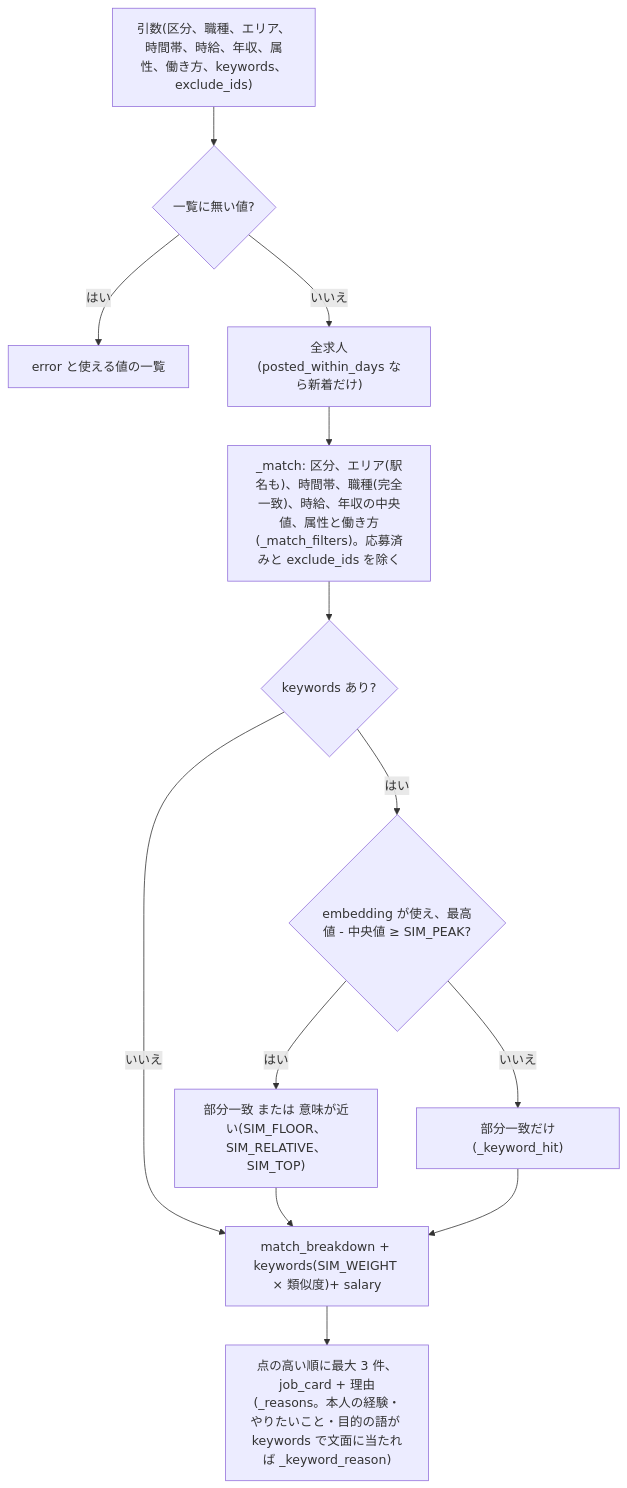
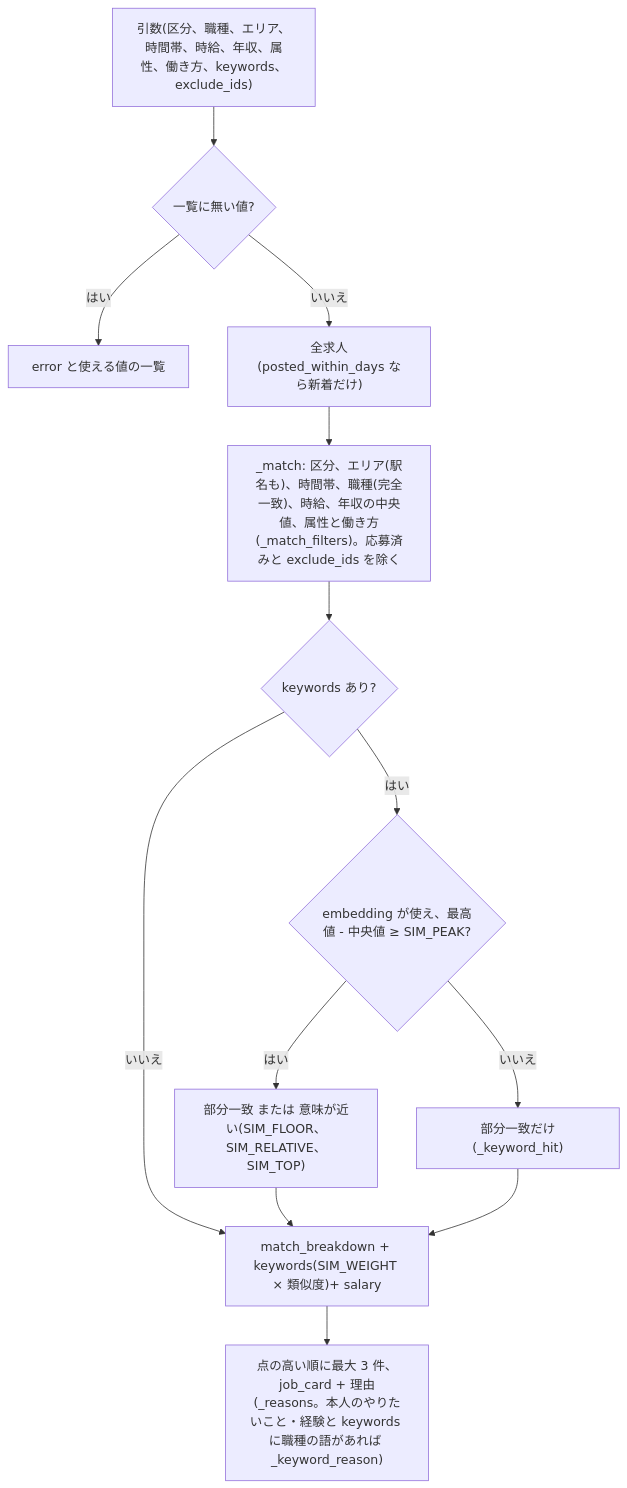
Before and after one commit to jyoka/aica: the tenth of 12 diagrams in docs/architecture/lld.md, drawn with Mermaid. The commit also changed other lines of this file and 5 other files, not shown here.

````diff
--- a/docs/architecture/lld.md
+++ b/docs/architecture/lld.md
@@ -990,23 +990,23 @@
 ```mermaid
 flowchart TB
     args["引数(区分、職種、エリア、時間帯、時給、年収、属性、働き方、keywords、exclude_ids)"]
     err{"一覧に無い値?"}
     errout["error と使える値の一覧"]
     pool["全求人(posted_within_days なら新着だけ)"]
     match["_match: 区分、エリア(駅名も)、時間帯、職種(完全一致)、時給、年収の中央値、属性と働き方(_match_filters)。応募済みと exclude_ids を除く"]
     kw{"keywords あり?"}
     sem{"embedding が使え、最高値 - 中央値 ≥ SIM_PEAK?"}
     near["部分一致 または 意味が近い(SIM_FLOOR、SIM_RELATIVE、SIM_TOP)"]
     part["部分一致だけ(_keyword_hit)"]
     score["match_breakdown + keywords(SIM_WEIGHT × 類似度)+ salary"]
-    top["点の高い順に最大 3 件、job_card + 理由(_reasons。本人の経験・やりたいこと・目的の語が keywords で文面に当たれば _keyword_reason)"]
+    top["点の高い順に最大 3 件、job_card + 理由(_reasons。本人のやりたいこと・経験と keywords に職種の語があれば _keyword_reason)"]
 
     args --> err
     err -- "はい" --> errout
     err -- "いいえ" --> pool --> match --> kw
     kw -- "いいえ" --> score
     kw -- "はい" --> sem
     sem -- "はい" --> near --> score
     sem -- "いいえ" --> part --> score
     score --> top
 ```
````
